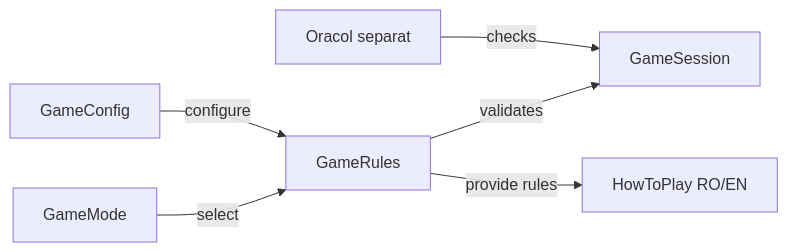
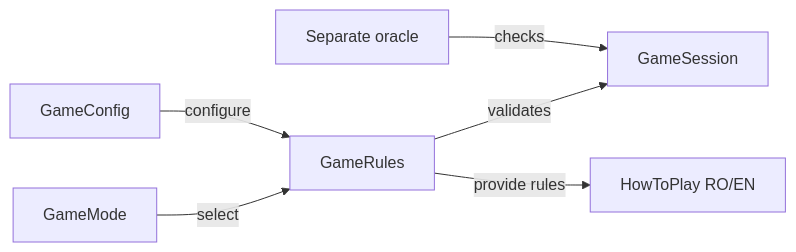
Before and after one commit to crististefanita/atf_j4: the diagram in docs/game/README.md, drawn with Mermaid. The commit also changed other lines of this file and 126 other files, not shown here.

````diff
--- a/docs/game/README.md
+++ b/docs/game/README.md
@@ -19,8 +19,8 @@
 ```mermaid
 flowchart LR
     MODE[GameMode] -->|select| RULES[GameRules]
     CONFIG[GameConfig] -->|configure| RULES
     RULES -->|validates| SESSION[GameSession]
     RULES -->|provide rules| HELP[HowToPlay RO/EN]
-    ORACLE[Oracol separat] -->|checks| SESSION
+    ORACLE[Separate oracle] -->|checks| SESSION
 ```
````
